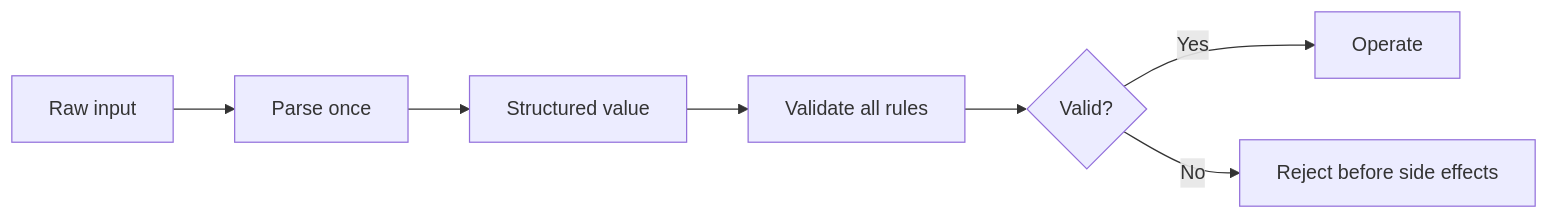
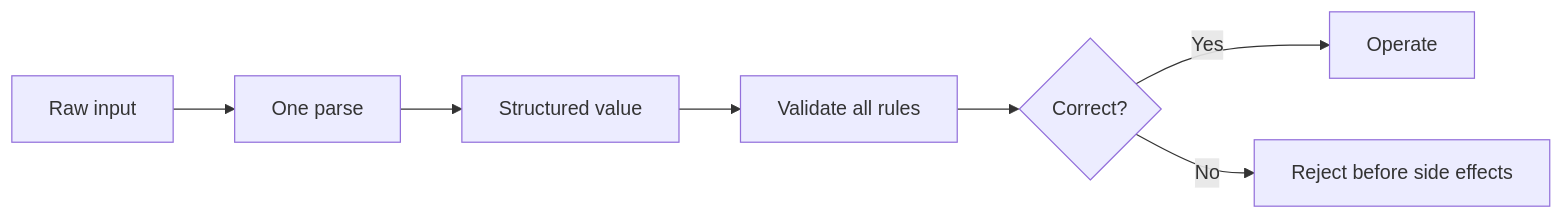
Before and after one commit to HomericIntelligence/Athena: the diagram in docs/principles/details/p076-parse-then-validate-then-operate.md, drawn with Mermaid. The commit also changed other lines of this file and 91 other files, not shown here.

````diff
--- a/docs/principles/details/p076-parse-then-validate-then-operate.md
+++ b/docs/principles/details/p076-parse-then-validate-then-operate.md
@@ -38,9 +39,9 @@
 ```mermaid
 flowchart LR
-    A["Raw input"] --> B["Parse once"]
+    A["Raw input"] --> B["One parse"]
     B --> C["Structured value"]
     C --> D["Validate all rules"]
-    D --> E{"Valid?"}
+    D --> E{"Correct?"}
     E -->|Yes| F["Operate"]
     E -->|No| G["Reject before side effects"]
 ```
````
